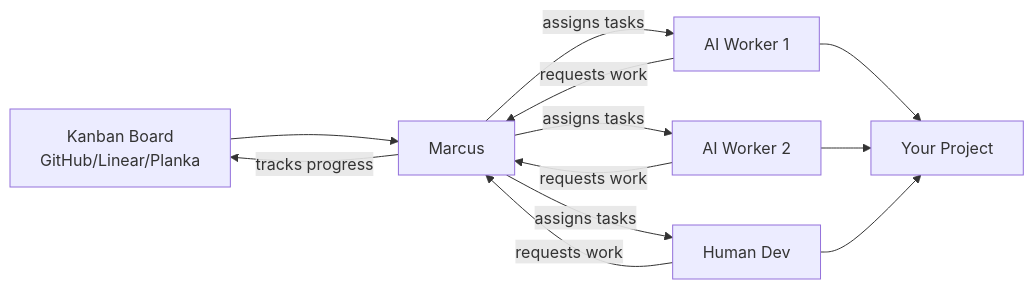
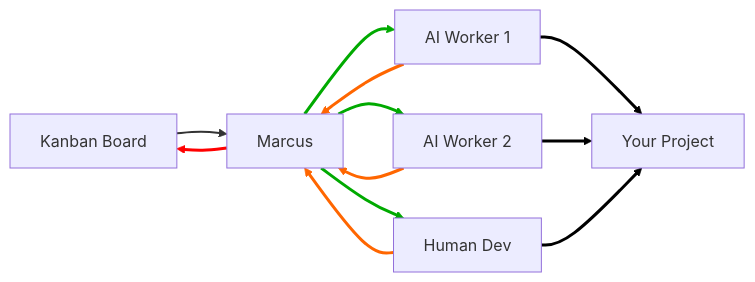
One commit to lwgray/pm-agent changed the first of 2 diagrams in docs/sphinx/source/getting_started.md. Above: the diagram before and after it, drawn with Mermaid. The commit also changed other lines of this file, not shown here.

Commit message:
docs: Simplify diagram with color-coded legend
- Remove text from arrows for cleaner design
- Add color-coded legend (orange=requests, green=assigns, black=performs, red=tracks)
- Apply minimalist design principles
- Keep essential information in legend and brief explanation

🤖 Generated with [Claude Code](https://claude.ai/code)

````diff
--- a/docs/sphinx/source/getting_started.md
+++ b/docs/sphinx/source/getting_started.md
@@ -66,14 +66,26 @@
 ```{mermaid}
 graph LR
-    Kanban[Kanban Board<br/>GitHub/Linear/Planka] --> Marcus[Marcus]
-    Worker1[AI Worker 1] -->|requests work| Marcus
-    Worker2[AI Worker 2] -->|requests work| Marcus
-    Worker3[Human Dev] -->|requests work| Marcus
-    Marcus -->|assigns tasks| Worker1
-    Marcus -->|assigns tasks| Worker2
-    Marcus -->|assigns tasks| Worker3
+    Kanban[Kanban Board] --> Marcus[Marcus]
+    Worker1[AI Worker 1] --> Marcus
+    Worker2[AI Worker 2] --> Marcus
+    Worker3[Human Dev] --> Marcus
+    Marcus --> Worker1
+    Marcus --> Worker2
+    Marcus --> Worker3
     Worker1 --> Code[Your Project]
     Worker2 --> Code
     Worker3 --> Code
-    Marcus -->|tracks progress| Kanban
+    Marcus --> Kanban
+    
+    linkStyle 0 stroke:#333,stroke-width:2px
+    linkStyle 1 stroke:#ff6600,stroke-width:3px
+    linkStyle 2 stroke:#ff6600,stroke-width:3px
+    linkStyle 3 stroke:#ff6600,stroke-width:3px
+    linkStyle 4 stroke:#00aa00,stroke-width:3px
+    linkStyle 5 stroke:#00aa00,stroke-width:3px
+    linkStyle 6 stroke:#00aa00,stroke-width:3px
+    linkStyle 7 stroke:#000000,stroke-width:3px
+    linkStyle 8 stroke:#000000,stroke-width:3px
+    linkStyle 9 stroke:#000000,stroke-width:3px
+    linkStyle 10 stroke:#ff0000,stroke-width:3px
 ```
````
